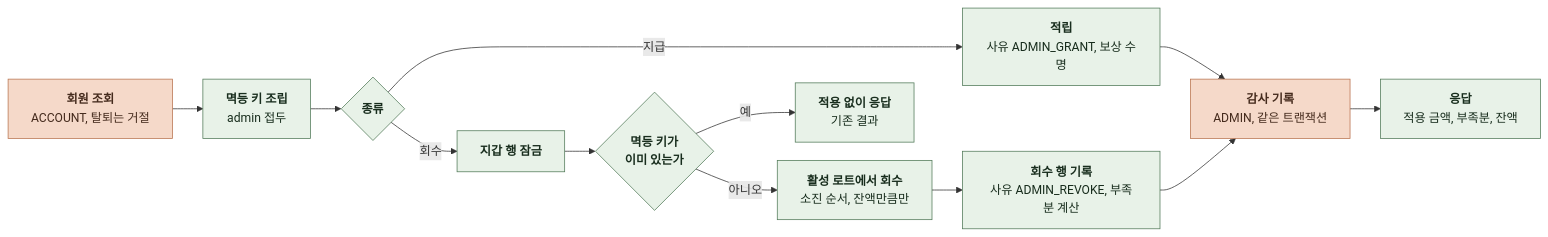
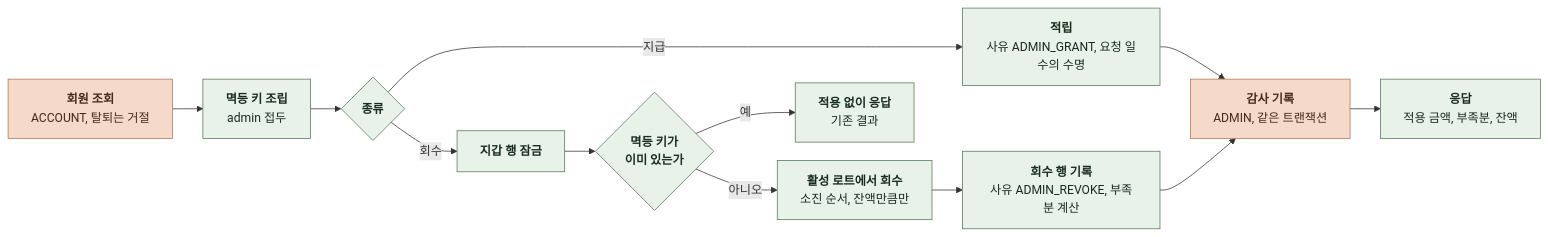
Diagram 15 of 16 in docs/domain/PAYMENT/BACKEND/4-1-PIPELINES.md (KIM-N-KANG/knk-harness), drawn with Mermaid before and after one commit. The commit also changed other lines of this file and 26 other files, not shown here.

````diff
--- a/docs/domain/PAYMENT/BACKEND/4-1-PIPELINES.md
+++ b/docs/domain/PAYMENT/BACKEND/4-1-PIPELINES.md
@@ -426,28 +426,28 @@
 ```mermaid
 %%{init: {"flowchart": {"curve": "basis", "nodeSpacing": 24, "rankSpacing": 40}}}%%
 flowchart LR
     A["`**회원 조회**
 ACCOUNT, 탈퇴는 거절`"] --> B["`**멱등 키 조립**
 admin 접두`"]
     B --> C{"`**종류**`"}
     C -->|지급| D["`**적립**
-사유 ADMIN_GRANT, 보상 수명`"]
+사유 ADMIN_GRANT, 요청 일수의 수명`"]
     C -->|회수| E["`**지갑 행 잠금**`"]
     E --> F{"`**멱등 키가
 이미 있는가**`"}
     F -->|예| Z["`**적용 없이 응답**
 기존 결과`"]
     F -->|아니오| G["`**활성 로트에서 회수**
 소진 순서, 잔액만큼만`"]
     G --> H["`**회수 행 기록**
 사유 ADMIN_REVOKE, 부족분 계산`"]
     D --> I["`**감사 기록**
 ADMIN, 같은 트랜잭션`"]
     H --> I
     I --> J["`**응답**
 적용 금액, 부족분, 잔액`"]
     classDef comp fill:#E8F2E8,stroke:#527A59,color:#182D1D
     classDef task fill:#F5D9C9,stroke:#B97450,color:#452B1D
     class B,C,D,E,F,G,H,J,Z comp
     class A,I task
 ```
````
